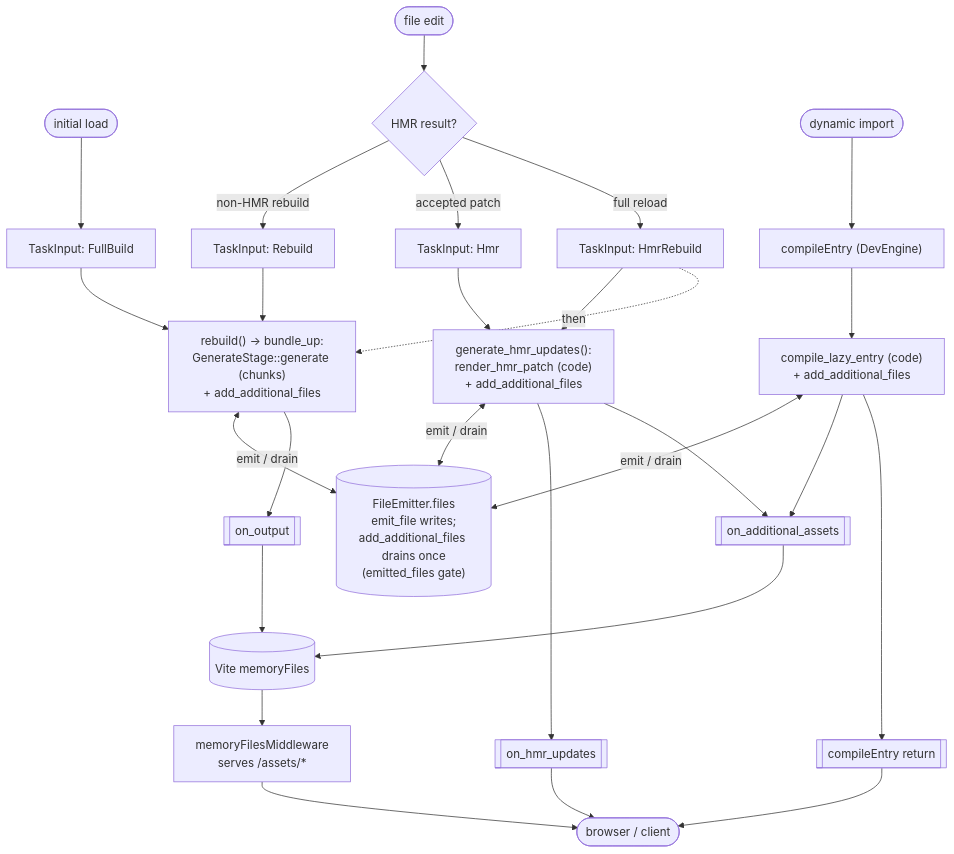
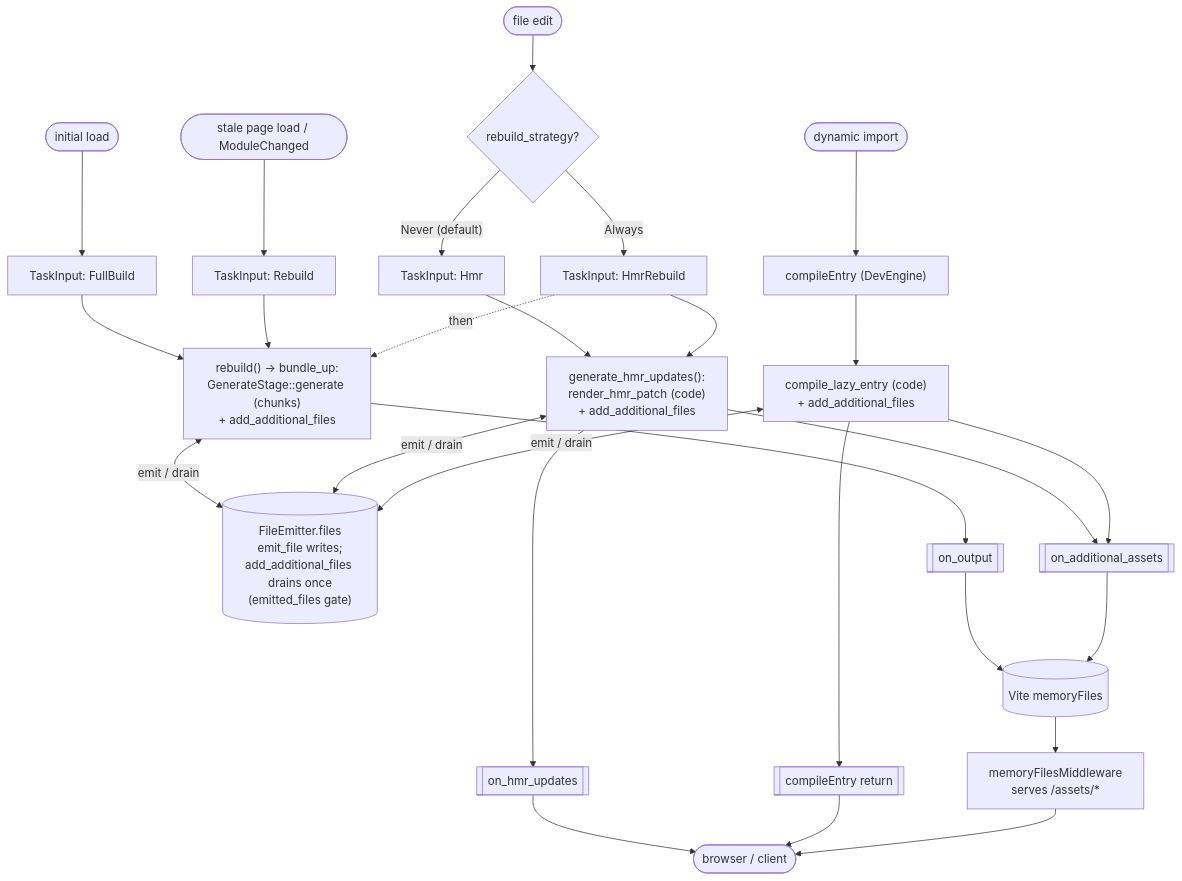
The second of 2 diagrams in internal-docs/dev-engine/implementation.md (rollipop-dev/rolldown), drawn with Mermaid before and after one commit. The commit also changed other lines of this file and 440 other files, not shown here.

````diff
--- a/internal-docs/dev-engine/implementation.md
+++ b/internal-docs/dev-engine/implementation.md
@@ -1299,41 +1519,41 @@
 ```mermaid
 flowchart TD
   %% ===== triggers =====
   T1([initial load]) --> FULL["TaskInput: FullBuild"]
-  T2([file edit]) --> D{"HMR result?"}
+  T2([file edit]) --> D{"rebuild_strategy?"}
   T3([dynamic import]) --> LAZY["compileEntry (DevEngine)"]
+  T4([stale page load / ModuleChanged]) --> REB["TaskInput: Rebuild"]
 
-  %% ===== dispatch (run_inner) =====
-  D -->|"non-HMR rebuild"| REB["TaskInput: Rebuild"]
-  D -->|"accepted patch"| HMR["TaskInput: Hmr"]
-  D -->|"full reload"| HR["TaskInput: HmrRebuild"]
+  %% ===== dispatch (handle_file_changes) =====
+  D -->|"Never (default)"| HMR["TaskInput: Hmr"]
+  D -->|"Always"| HR["TaskInput: HmrRebuild"]
 
   %% ===== function chains =====
   FULL --> RB
   REB --> RB["rebuild() → bundle_up:<br/>GenerateStage::generate (chunks)<br/>+ add_additional_files"]
   HMR --> GH["generate_hmr_updates():<br/>render_hmr_patch (code)<br/>+ add_additional_files"]
   HR --> GH
   HR -. "then" .-> RB
   LAZY --> CL["compile_lazy_entry (code)<br/>+ add_additional_files"]
 
   %% ===== shared emitter (asset bytes converge here) =====
   FE[("FileEmitter.files<br/>emit_file writes;<br/>add_additional_files drains once<br/>(emitted_files gate)")]
   RB <-->|"emit / drain"| FE
   GH <-->|"emit / drain"| FE
   CL <-->|"emit / drain"| FE
 
   %% ===== callbacks =====
   RB --> OUT[["on_output"]]
   GH --> HMRU[["on_hmr_updates"]]
   GH --> ADD[["on_additional_assets"]]
   CL --> ADD
   CL --> RET[["compileEntry return"]]
 
   %% ===== sinks =====
   OUT --> MEM[("Vite memoryFiles")]
   ADD --> MEM
   MEM --> MW["memoryFilesMiddleware<br/>serves /assets/*"]
   HMRU --> B(["browser / client"])
   RET --> B
   MW --> B
 ```
````
